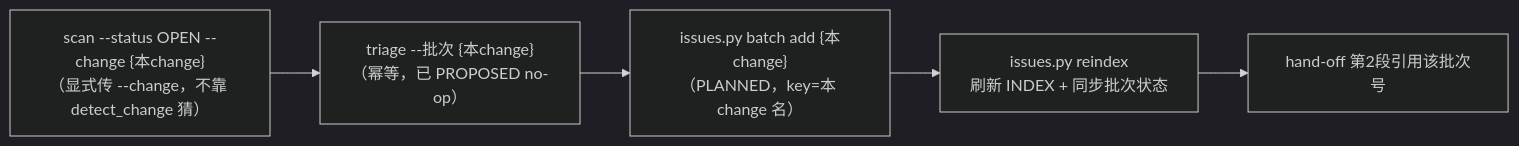
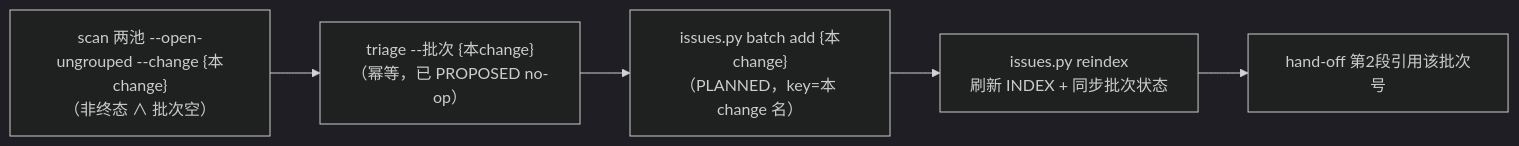
Before and after one commit to laodao-ai/sdflow-skills: the second of 2 diagrams in docs/workflow-skills/sdflow-done.md, drawn with Mermaid (dark theme). The commit also changed other lines of this file and 5 other files, not shown here.

````diff
--- a/docs/workflow-skills/sdflow-done.md
+++ b/docs/workflow-skills/sdflow-done.md
@@ -49,7 +60,7 @@
 ```mermaid
 flowchart LR
-    A["scan --status OPEN --change {本change}<br/>（显式传 --change，不靠 detect_change 猜）"] --> B["triage --批次 {本change}<br/>（幂等，已 PROPOSED no-op）"]
+    A["scan 两池 --open-ungrouped --change {本change}<br/>（非终态 ∧ 批次空）"] --> B["triage --批次 {本change}<br/>（幂等，已 PROPOSED no-op）"]
     B --> C["issues.py batch add {本change}<br/>（PLANNED，key=本 change 名）"]
     C --> D["issues.py reindex<br/>刷新 INDEX + 同步批次状态"]
     D --> E["hand-off 第2段引用该批次号"]
 ```
````
